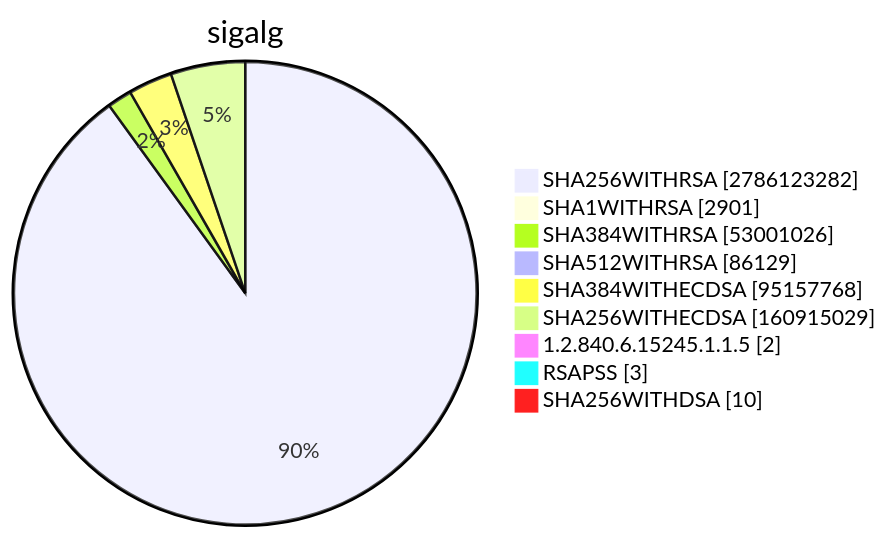
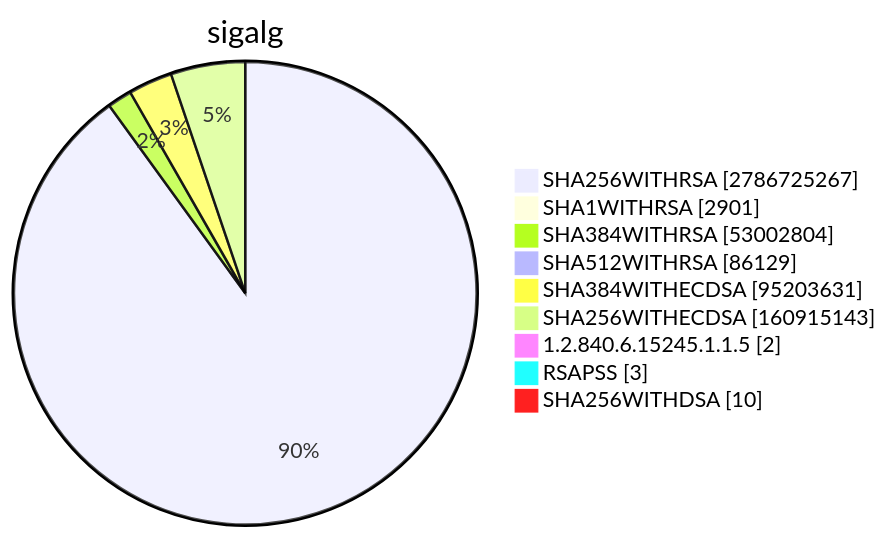
Before and after one commit to christiankrug/ctmonitor_visualization: diagram 15 of 15 in TOTAL/README.md, drawn with Mermaid. The commit also changed other lines of this file, not shown here.

````diff
--- a/TOTAL/README.md
+++ b/TOTAL/README.md
@@ -6207,13 +6207,13 @@
 ```mermaid
 pie showData
 title sigalg
-"SHA256WITHRSA" :2786123282
+"SHA256WITHRSA" :2786725267
 "SHA1WITHRSA" :2901
-"SHA384WITHRSA" :53001026
+"SHA384WITHRSA" :53002804
 "SHA512WITHRSA" :86129
-"SHA384WITHECDSA" :95157768
-"SHA256WITHECDSA" :160915029
+"SHA384WITHECDSA" :95203631
+"SHA256WITHECDSA" :160915143
 "1.2.840.6.15245.1.1.5" :2
 "RSAPSS" :3
 "SHA256WITHDSA" :10
 ```
````
